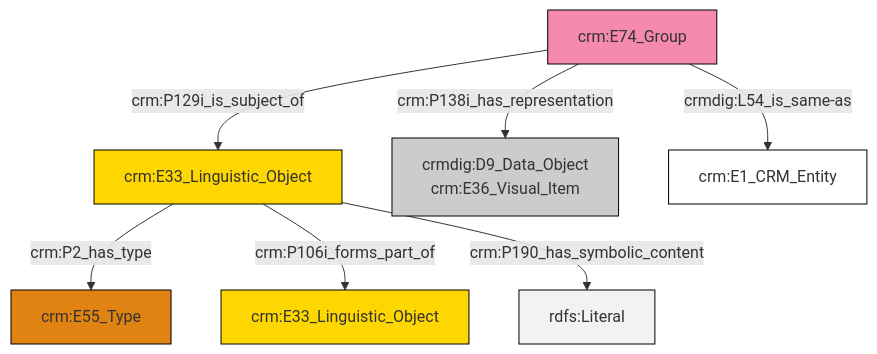
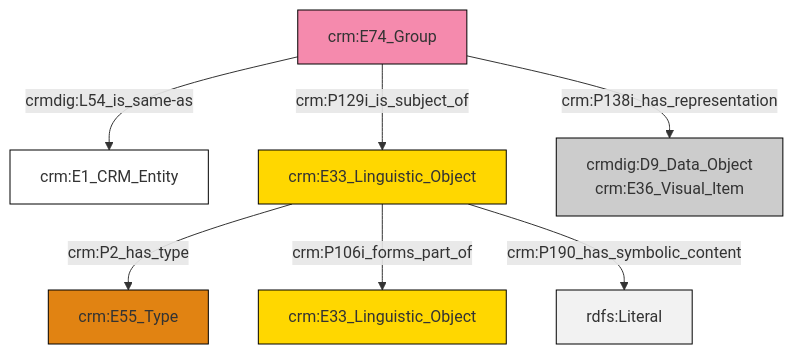
One commit to swiss-art-research-net/reference-data-models changed the diagram in et/groupCSV/ttl/mmd/group_documentation.ttl.mmd. Above: the diagram before and after it, drawn with Mermaid. The commit also changed 122 other files, not shown here.

```diff
--- a/et/groupCSV/ttl/mmd/group_documentation.ttl.mmd
+++ b/et/groupCSV/ttl/mmd/group_documentation.ttl.mmd
@@ -1,21 +1,21 @@
 graph TD
 classDef Literal fill:#f2f2f2,stroke:#000000;
 classDef CRM_Entity fill:#FFFFFF,stroke:#000000;
 classDef Temporal_Entity fill:#00C9E6, stroke:#000000;
 classDef Type fill:#E18312, stroke:#000000;
 classDef Time-Span fill:#2C9C91, stroke:#000000;
 classDef Appellation fill:#FFEB7F, stroke:#000000;
 classDef Place fill:#008836, stroke:#000000;
 classDef Persistent_Item fill:#B266B2, stroke:#000000;
 classDef Conceptual_Object fill:#FFD700, stroke:#000000;
 classDef Physical_Thing fill:#D2B48C, stroke:#000000;
 classDef Actor fill:#f58aad, stroke:#000000;
 classDef PC_Classes fill:#4ce600, stroke:#000000;
 classDef Multi fill:#cccccc,stroke:#000000;
 
-6["crm:E74_Group"]:::Actor -->|crm:P138i_has_representation| 4["crmdig:D9_Data_Object<br>crm:E36_Visual_Item"]:::Multi
-6["crm:E74_Group"]:::Actor -->|crmdig:L54_is_same-as| 9["crm:E1_CRM_Entity"]:::CRM_Entity
-2["crm:E33_Linguistic_Object"]:::Conceptual_Object -->|crm:P2_has_type| 0["crm:E55_Type"]:::Type
-2["crm:E33_Linguistic_Object"]:::Conceptual_Object -->|crm:P106i_forms_part_of| 7["crm:E33_Linguistic_Object"]:::Conceptual_Object
-6["crm:E74_Group"]:::Actor -->|crm:P129i_is_subject_of| 2["crm:E33_Linguistic_Object"]:::Conceptual_Object
-2["crm:E33_Linguistic_Object"]:::Conceptual_Object -->|crm:P190_has_symbolic_content| 13[rdfs:Literal]:::Literal
+0["crm:E74_Group"]:::Actor -->|crmdig:L54_is_same-as| 1["crm:E1_CRM_Entity"]:::CRM_Entity
+2["crm:E33_Linguistic_Object"]:::Conceptual_Object -->|crm:P2_has_type| 3["crm:E55_Type"]:::Type
+0["crm:E74_Group"]:::Actor -->|crm:P138i_has_representation| 4["crmdig:D9_Data_Object<br>crm:E36_Visual_Item"]:::Multi
+0["crm:E74_Group"]:::Actor -->|crm:P129i_is_subject_of| 2["crm:E33_Linguistic_Object"]:::Conceptual_Object
+2["crm:E33_Linguistic_Object"]:::Conceptual_Object -->|crm:P106i_forms_part_of| 9["crm:E33_Linguistic_Object"]:::Conceptual_Object
+2["crm:E33_Linguistic_Object"]:::Conceptual_Object -->|crm:P190_has_symbolic_content| 12[rdfs:Literal]:::Literal
```
